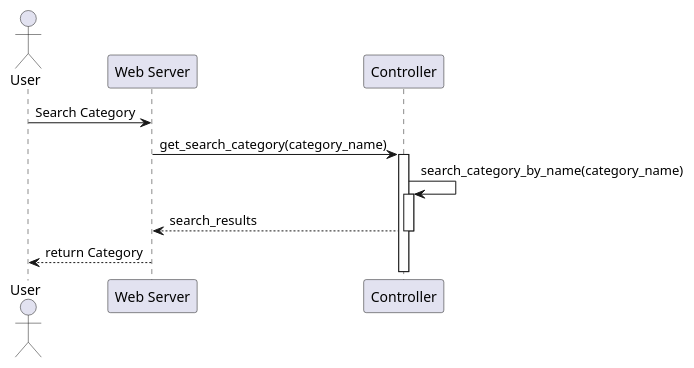
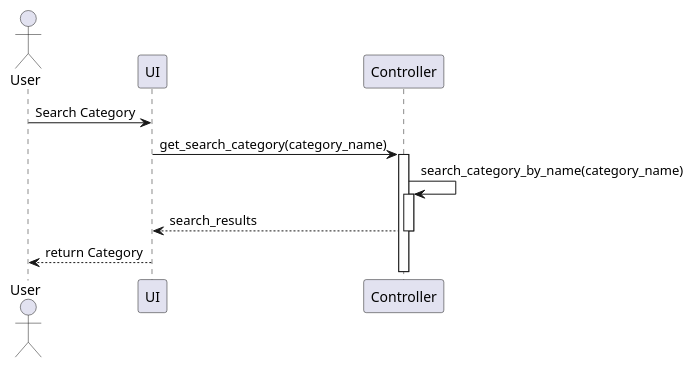
The diagram in diagrams/plantuml/search_category.puml (KMITLSuicide/KMITL-ObjectOrientedProgramming-Project), drawn with PlantUML before and after one commit. The commit also changed 9 other files, not shown here.

```diff
--- a/diagrams/plantuml/search_category.puml
+++ b/diagrams/plantuml/search_category.puml
@@ -1,19 +1,19 @@
-@startuml
+@startuml Search Category
 actor User
 
-participant "Web Server" as Server
+participant "UI" as Server
 participant Controller
 
 
 
 User -> Server: Search Category
 Server -> Controller: get_search_category(category_name)
 activate Controller
 Controller -> Controller: search_category_by_name(category_name)
 activate Controller
 Controller --> Server: search_results
 deactivate Controller
 
 Server --> User: return Category
 
 @enduml
```
